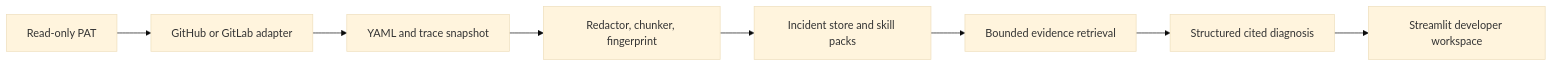
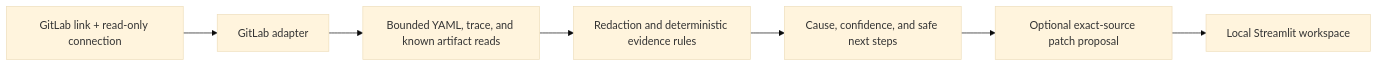
The diagram in README.md (PHANINDRA-prog/PipelineLens), drawn with Mermaid (base theme) before and after one commit. The commit also changed other lines of this file and 49 other files, not shown here.

Commit message:
feat: local-first evidence CI diagnosis, pluggable cloud assist, corpora

````diff
--- a/README.md
+++ b/README.md
@@ -98,10 +182,9 @@
 ```mermaid
 flowchart LR
-    A["Read-only PAT"] --> B["GitHub or GitLab adapter"]
-    B --> C["YAML and trace snapshot"]
-    C --> D["Redactor, chunker, fingerprint"]
-    D --> E["Incident store and skill packs"]
-    E --> F["Bounded evidence retrieval"]
-    F --> G["Structured cited diagnosis"]
-    G --> H["Streamlit developer workspace"]
+    A["GitLab link + read-only connection"] --> B["GitLab adapter"]
+    B --> C["Bounded YAML, trace, and known artifact reads"]
+    C --> D["Redaction and deterministic evidence rules"]
+    D --> E["Cause, confidence, and safe next steps"]
+    E --> F["Optional exact-source patch proposal"]
+    F --> G["Local Streamlit workspace"]
 ```
````
